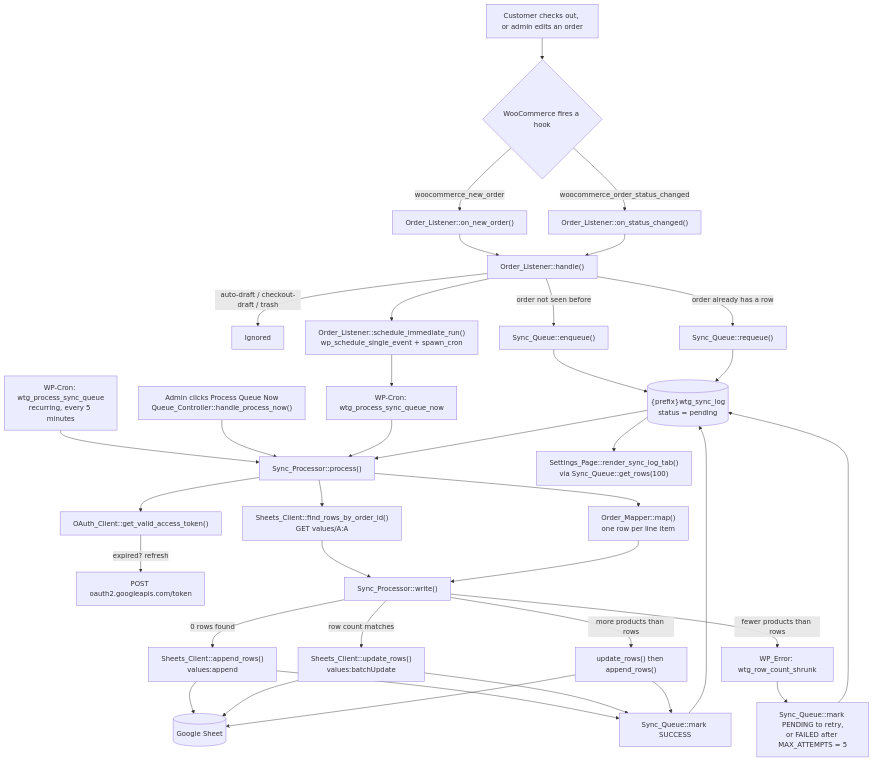
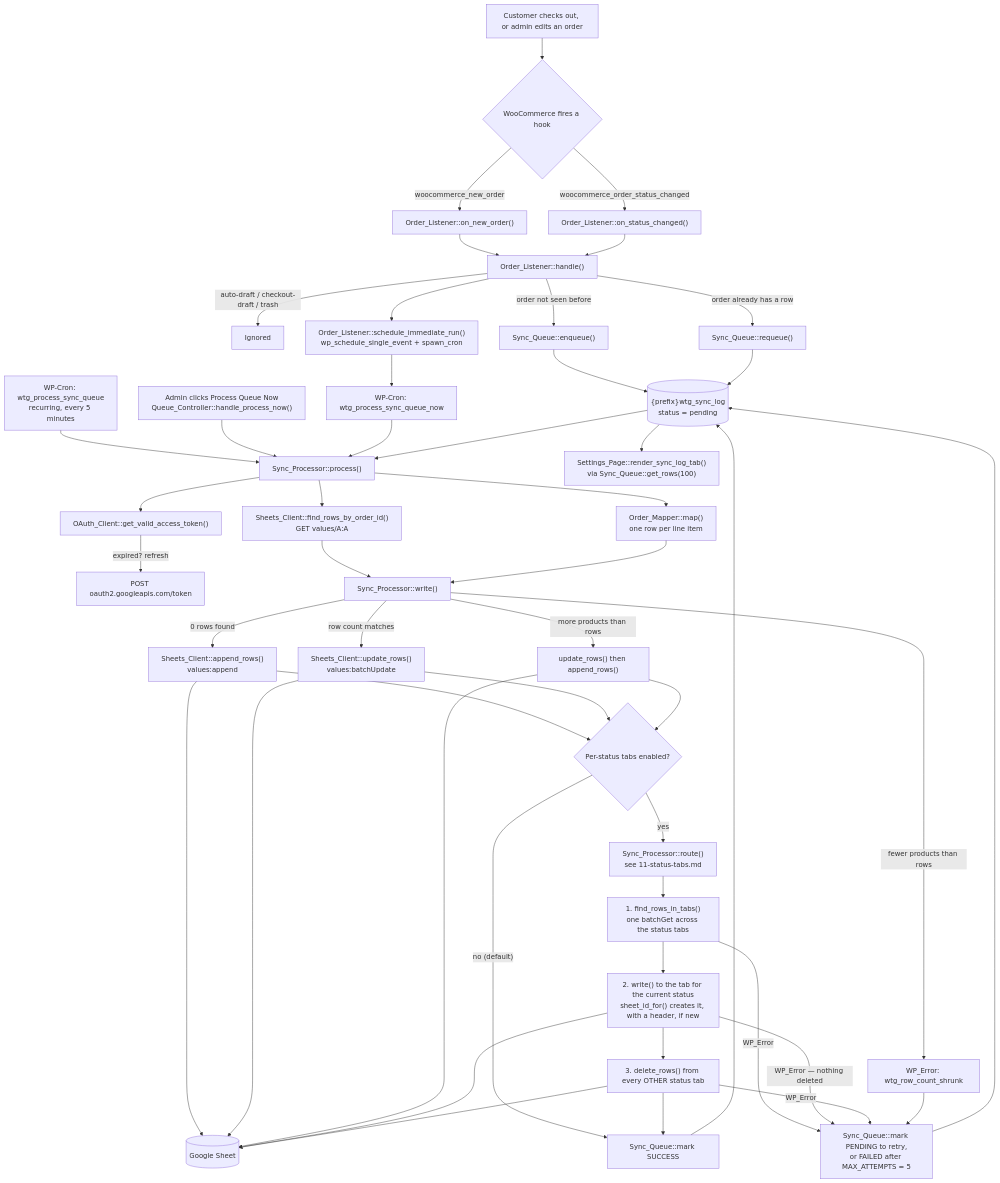
The first of 2 diagrams in docs/00-overview.md (amirdev99/woo-to-google-sheets), drawn with Mermaid before and after one commit. The commit also changed other lines of this file and 19 other files, not shown here.

First line of the commit message:
Status tab added

````diff
--- a/docs/00-overview.md
+++ b/docs/00-overview.md
@@ -72,55 +81,72 @@
 ```mermaid
 flowchart TD
     A["Customer checks out, or admin edits an order"] --> B{"WooCommerce fires a hook"}
 
     B -->|"woocommerce_new_order"| C["Order_Listener::on_new_order()"]
     B -->|"woocommerce_order_status_changed"| D["Order_Listener::on_status_changed()"]
 
     C --> E["Order_Listener::handle()"]
     D --> E
 
     E -->|"auto-draft / checkout-draft / trash"| X["Ignored"]
     E -->|"order not seen before"| F["Sync_Queue::enqueue()"]
     E -->|"order already has a row"| G["Sync_Queue::requeue()"]
 
     F --> H[("{prefix}wtg_sync_log<br/>status = pending")]
     G --> H
 
     E --> I["Order_Listener::schedule_immediate_run()<br/>wp_schedule_single_event + spawn_cron"]
 
     I --> J["WP-Cron: wtg_process_sync_queue_now"]
     K["WP-Cron: wtg_process_sync_queue<br/>recurring, every 5 minutes"] --> M
     L["Admin clicks Process Queue Now<br/>Queue_Controller::handle_process_now()"] --> M
     J --> M
 
     M["Sync_Processor::process()"]
     H --> M
 
     M --> N["OAuth_Client::get_valid_access_token()"]
     N -->|"expired? refresh"| O["POST oauth2.googleapis.com/token"]
 
     M --> P["Order_Mapper::map()<br/>one row per line item"]
     M --> Q["Sheets_Client::find_rows_by_order_id()<br/>GET values/A:A"]
 
     Q --> R["Sync_Processor::write()"]
     P --> R
 
     R -->|"0 rows found"| S["Sheets_Client::append_rows()<br/>values:append"]
     R -->|"row count matches"| T["Sheets_Client::update_rows()<br/>values:batchUpdate"]
     R -->|"more products than rows"| U["update_rows() then append_rows()"]
     R -->|"fewer products than rows"| V["WP_Error: wtg_row_count_shrunk"]
 
     S --> W[("Google Sheet")]
     T --> W
     U --> W
 
-    S --> Y["Sync_Queue::mark SUCCESS"]
-    T --> Y
-    U --> Y
+    S --> AB
+    T --> AB
+    U --> AB
+
+    AB{"Per-status tabs enabled?"}
+    AB -->|"no (default)"| Y
+    AB -->|"yes"| AC["Sync_Processor::route()<br/>see 11-status-tabs.md"]
+
+    AC --> AD["1. find_rows_in_tabs()<br/>one batchGet across the status tabs"]
+    AD --> AE["2. write() to the tab for the current status<br/>sheet_id_for() creates it, with a header, if new"]
+    AE --> AF["3. delete_rows() from every OTHER status tab"]
+    AE --> W
+    AF --> W
+    AF --> Y
+
+    AD -->|"WP_Error"| Z
+    AE -->|"WP_Error — nothing deleted"| Z
+    AF -->|"WP_Error"| Z
+
+    Y["Sync_Queue::mark SUCCESS"]
     V --> Z["Sync_Queue::mark PENDING to retry,<br/>or FAILED after MAX_ATTEMPTS = 5"]
 
     Y --> H
     Z --> H
 
     H --> AA["Settings_Page::render_sync_log_tab()<br/>via Sync_Queue::get_rows(100)"]
 ```
````
